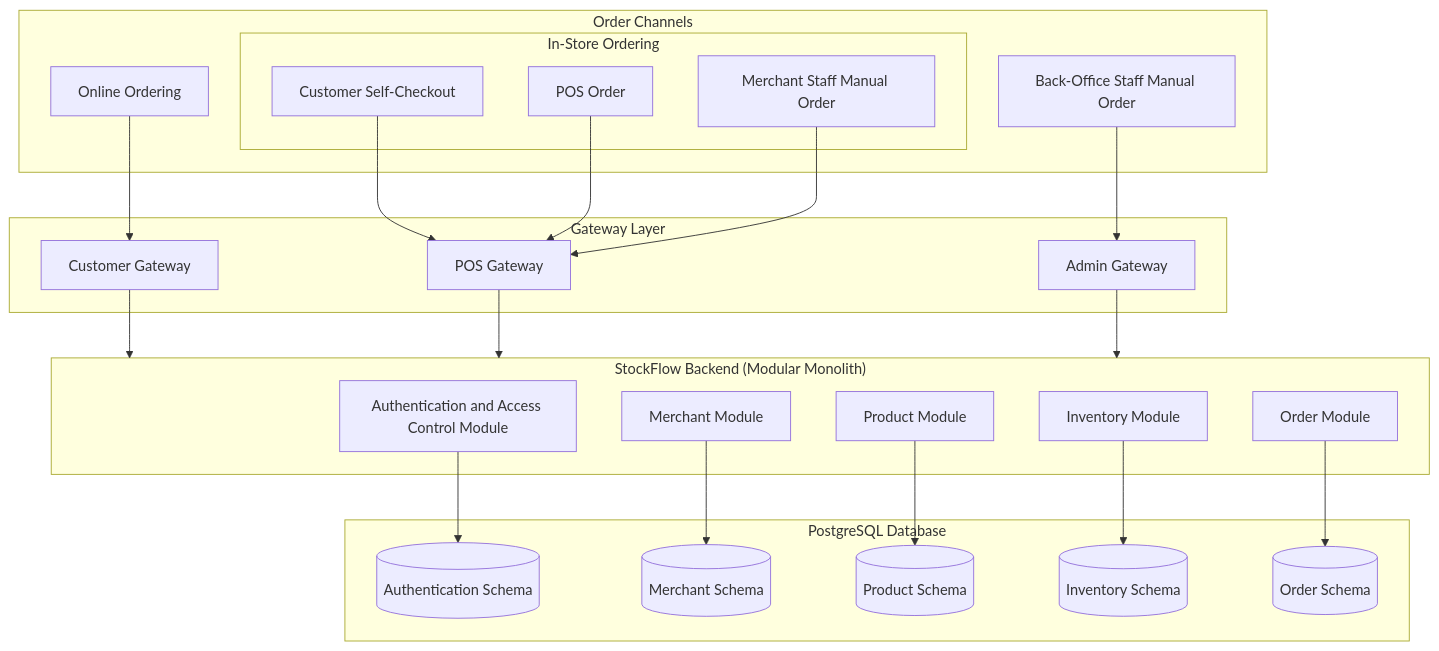
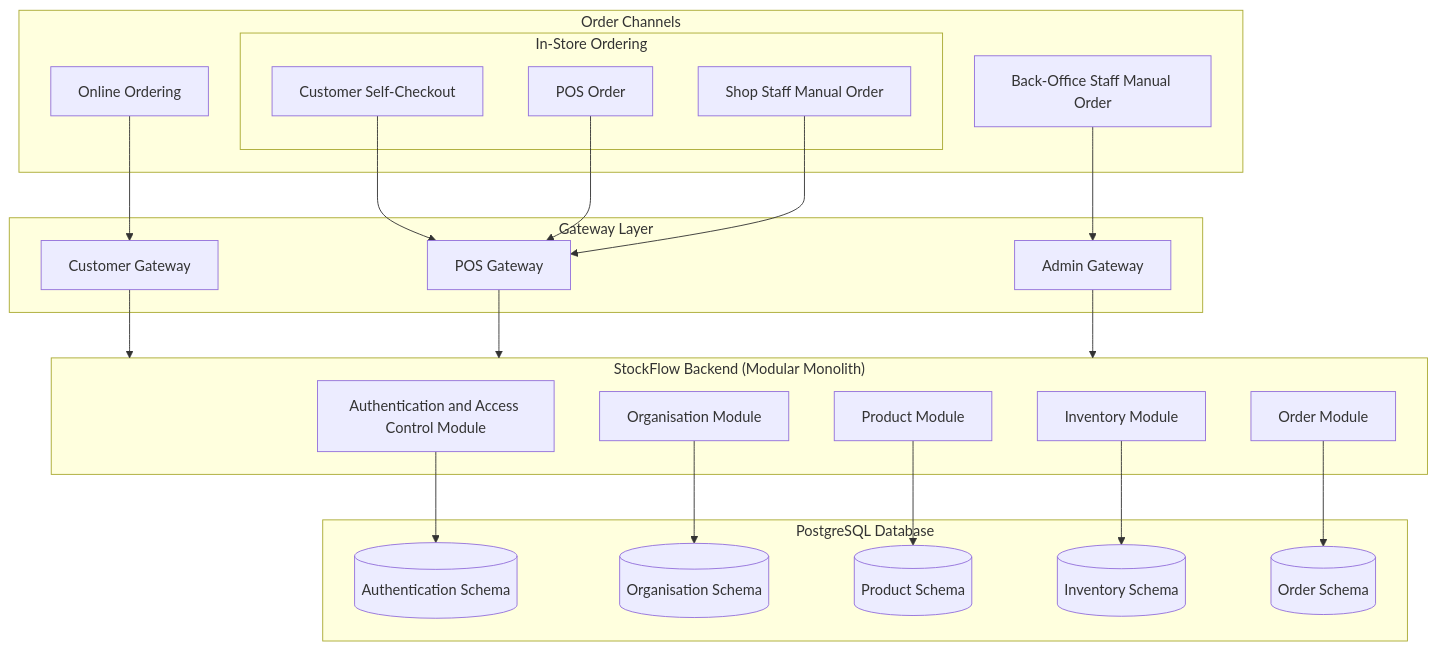
Before and after one commit to va4815/stockflow-docs: the second of 6 diagrams in architecture/system-architecture.md, drawn with Mermaid. The commit also changed other lines of this file, not shown here.

Commit message:
docs: refactor system architecture with organisation concepts

````diff
--- a/architecture/system-architecture.md
+++ b/architecture/system-architecture.md
@@ -73,52 +73,52 @@
 ```mermaid
 flowchart TD
     subgraph OrderChannels["Order Channels"]
         OnlineOrder["Online Ordering"]
         
         subgraph InStoreOrdering["In-Store Ordering"]
             SelfCheckout["Customer Self-Checkout"]
             POS["POS Order"]
-            MerchantStaff["Merchant Staff Manual Order"]
+            MerchantStaff["Shop Staff Manual Order"]
         end
        
         BackOfficeStaff["Back-Office Staff Manual Order"]
     end
 
     subgraph Gateway["Gateway Layer"]
         CustomerGateway["Customer Gateway"]
         POSGateway["POS Gateway"]
         AdminGateway["Admin Gateway"]
     end
 
     subgraph StockFlowBackend["StockFlow Backend (Modular Monolith)"]
         AuthenticationModule["Authentication and Access Control Module"]
-        MerchantModule["Merchant Module"]
+        OrganisationModule["Organisation Module"]
         ProductModule["Product Module"]
         InventoryModule["Inventory Module"]
         OrderModule["Order Module"]
     end
 
     subgraph Database["PostgreSQL Database"]
         AuthenticationSchema[("Authentication Schema")]
-        MerchantSchema[("Merchant Schema")]
+        OrganisationSchema[("Organisation Schema")]
         ProductSchema[("Product Schema")]
         InventorySchema[("Inventory Schema")]
         OrderSchema[("Order Schema")]
     end
 
     OnlineOrder --> CustomerGateway
     SelfCheckout --> POSGateway
     POS --> POSGateway
     MerchantStaff --> POSGateway
     BackOfficeStaff --> AdminGateway
 
     CustomerGateway --> StockFlowBackend
     POSGateway --> StockFlowBackend
     AdminGateway --> StockFlowBackend
 
     ProductModule --> ProductSchema
     InventoryModule --> InventorySchema
     OrderModule --> OrderSchema
     AuthenticationModule --> AuthenticationSchema
-    MerchantModule --> MerchantSchema
+    OrganisationModule --> OrganisationSchema
 ```
````
